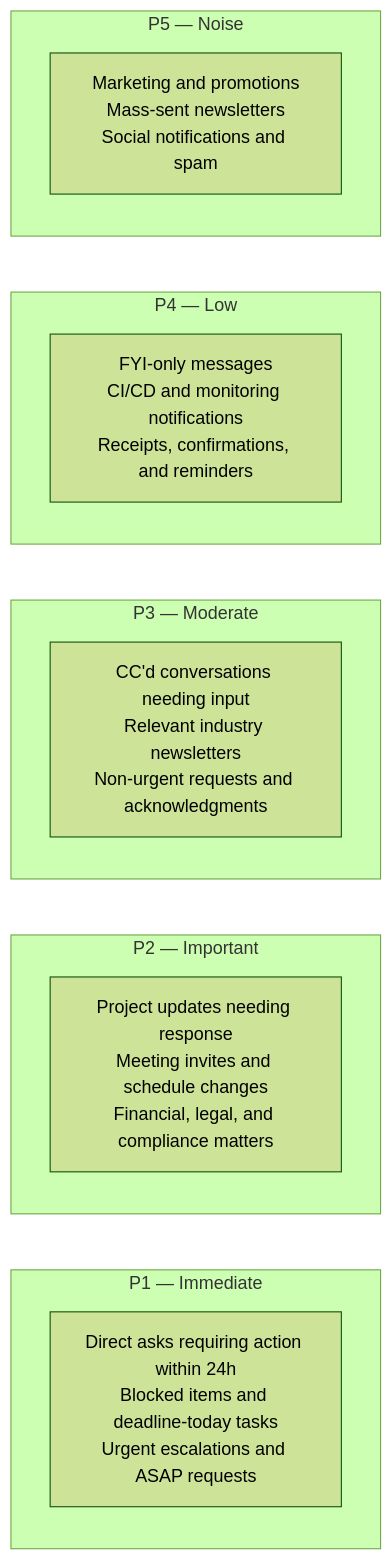
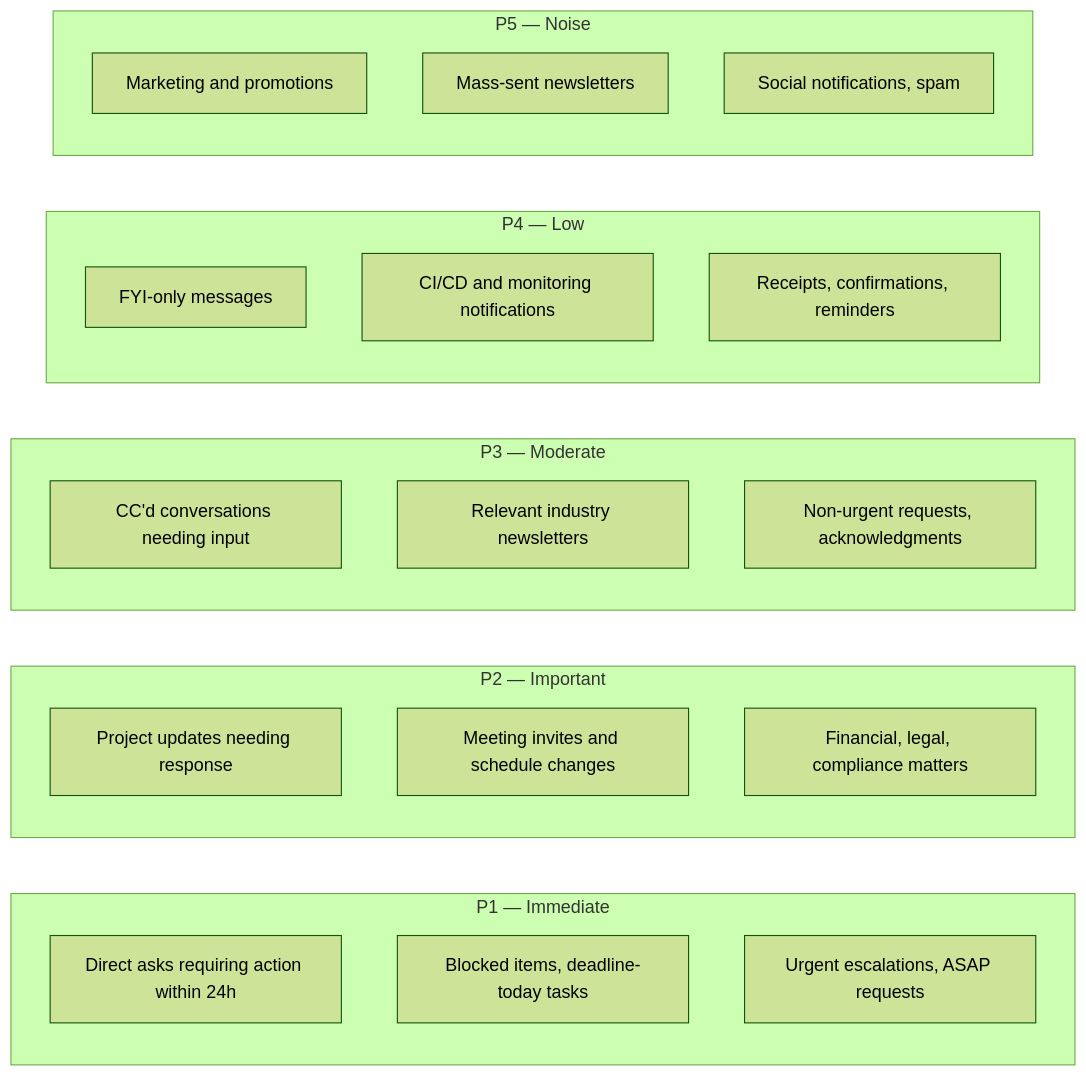
The ninth of 9 diagrams in README.md (viditkbhatnagar/Email-Agent), drawn with Mermaid (forest theme) before and after one commit. The commit also changed other lines of this file, not shown here.

First line of the commit message:
Fix Mermaid diagrams: replace HTML br tags with GitHub-compatible syntax

````diff
--- a/README.md
+++ b/README.md
@@ -491,22 +491,32 @@
 ```mermaid
 graph LR
     subgraph P1["P1 — Immediate"]
-        P1D["Direct asks requiring action within 24h<br/>Blocked items and deadline-today tasks<br/>Urgent escalations and ASAP requests"]
+        P1A["Direct asks requiring action within 24h"]
+        P1B["Blocked items, deadline-today tasks"]
+        P1C["Urgent escalations, ASAP requests"]
     end
 
     subgraph P2["P2 — Important"]
-        P2D["Project updates needing response<br/>Meeting invites and schedule changes<br/>Financial, legal, and compliance matters"]
+        P2A["Project updates needing response"]
+        P2B["Meeting invites and schedule changes"]
+        P2C["Financial, legal, compliance matters"]
     end
 
     subgraph P3["P3 — Moderate"]
-        P3D["CC'd conversations needing input<br/>Relevant industry newsletters<br/>Non-urgent requests and acknowledgments"]
+        P3A["CC'd conversations needing input"]
+        P3B["Relevant industry newsletters"]
+        P3C["Non-urgent requests, acknowledgments"]
     end
 
     subgraph P4["P4 — Low"]
-        P4D["FYI-only messages<br/>CI/CD and monitoring notifications<br/>Receipts, confirmations, and reminders"]
+        P4A["FYI-only messages"]
+        P4B["CI/CD and monitoring notifications"]
+        P4C["Receipts, confirmations, reminders"]
     end
 
     subgraph P5["P5 — Noise"]
-        P5D["Marketing and promotions<br/>Mass-sent newsletters<br/>Social notifications and spam"]
+        P5A["Marketing and promotions"]
+        P5B["Mass-sent newsletters"]
+        P5C["Social notifications, spam"]
     end
 ```
````
